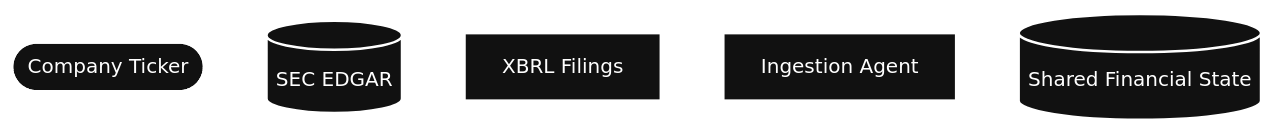
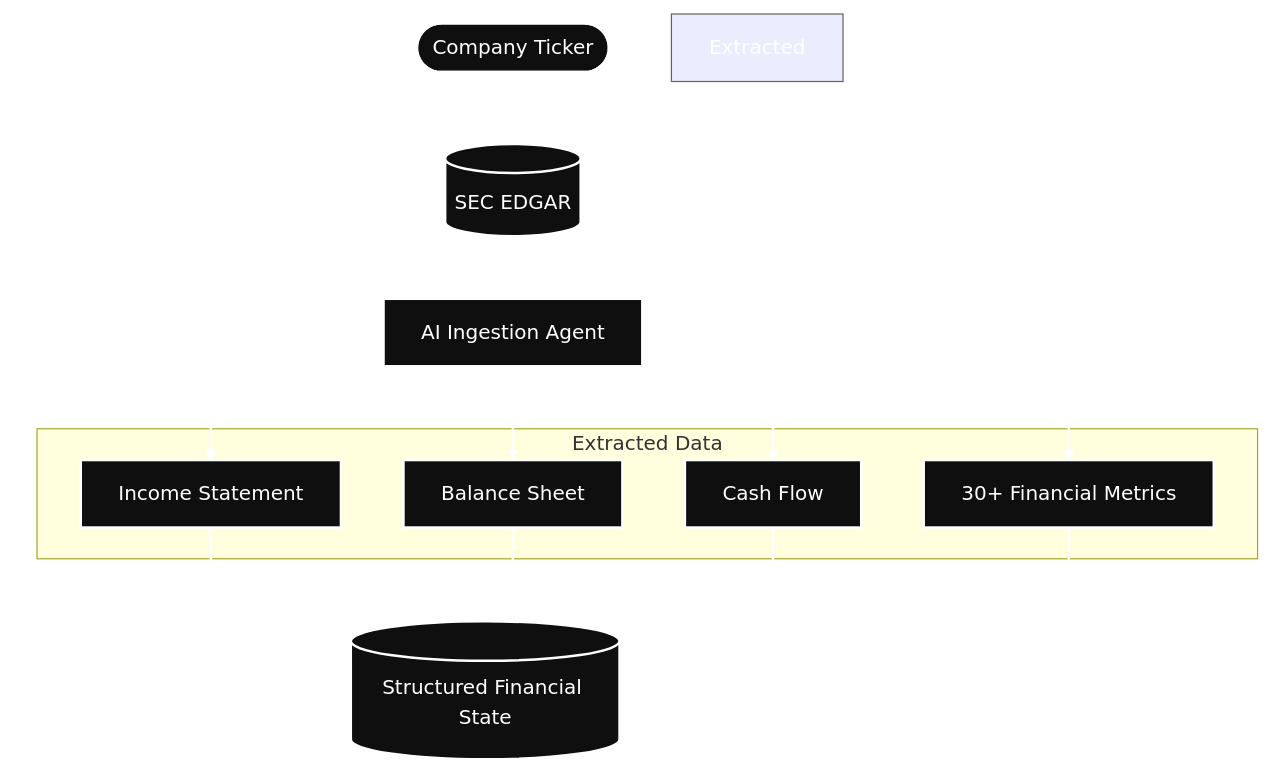
One commit to Shiva498689/GDG_PS changed the diagram in README.md. Above: the diagram before and after it, drawn with Mermaid.

````diff
--- a/README.md
+++ b/README.md
@@ -1,23 +1,40 @@
 ```mermaid
-flowchart LR
+flowchart TB
 
-    USER([Company Ticker])
+    TICKER([Company Ticker])
 
-    EDGAR[(SEC EDGAR)]
+    SEC[(SEC EDGAR)]
 
-    XBRL[XBRL Filings]
+    AGENT["AI Ingestion Agent"]
 
-    INGEST["Ingestion Agent"]
+    OUTPUT[(Structured Financial State)]
 
-    STATE[(Shared Financial State)]
+    TICKER --> SEC
+    SEC --> AGENT
+    AGENT --> OUTPUT
 
-    USER --> EDGAR
-    EDGAR --> XBRL
-    XBRL --> INGEST
-    INGEST --> STATE
+    subgraph Extracted Data
+        IS[Income Statement]
+        BS[Balance Sheet]
+        CF[Cash Flow]
+        METRICS[30+ Financial Metrics]
+    end
 
-    classDef dark fill:#111111,stroke:#FFFFFF,color:#FFFFFF,stroke-width:2px;
-    class USER,EDGAR,XBRL,INGEST,STATE dark;
+    AGENT --> IS
+    AGENT --> BS
+    AGENT --> CF
+    AGENT --> METRICS
+
+    IS --> OUTPUT
+    BS --> OUTPUT
+    CF --> OUTPUT
+    METRICS --> OUTPUT
+
+    classDef dark fill:#0F0F10,stroke:#FFFFFF,color:#FFFFFF,stroke-width:2px;
+
+    class TICKER,SEC,AGENT,OUTPUT,IS,BS,CF,METRICS dark;
+
+    style Extracted Data fill:#000000,stroke:#666666,color:#FFFFFF
 
     linkStyle default stroke:#FFFFFF,stroke-width:2px
 ```
````
